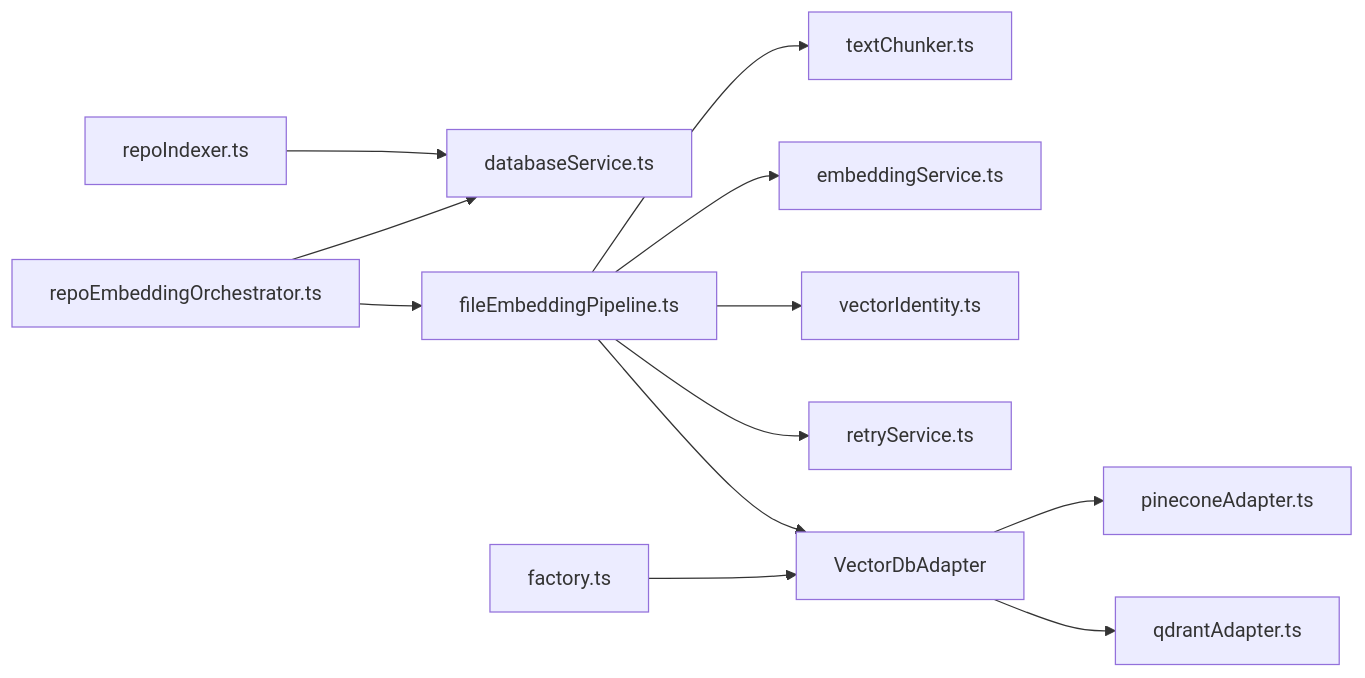
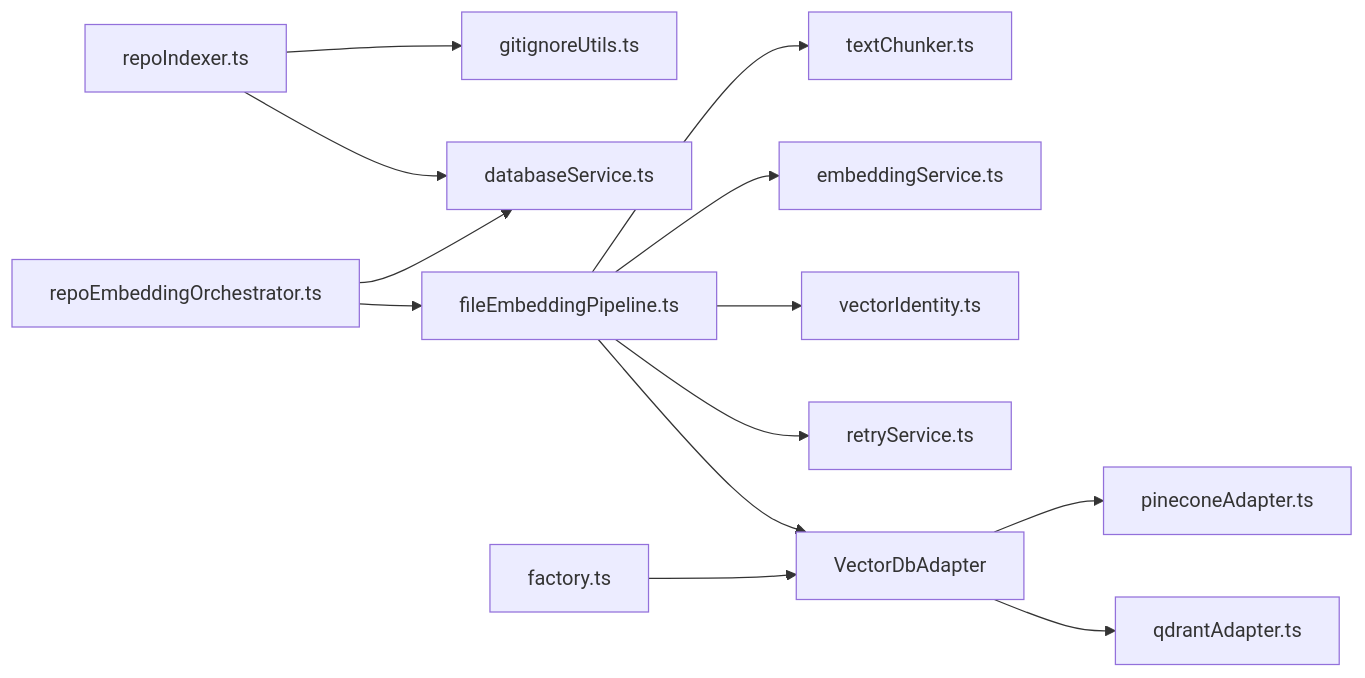
The tenth of 10 diagrams in .qoder/repowiki/en/content/Indexing and Search System/Repository Indexing and Monitoring.md (bramburn/repomix-runner), drawn with Mermaid before and after one commit. The commit also changed other lines of this file and 41 other files, not shown here.

````diff
--- a/.qoder/repowiki/en/content/Indexing and Search System/Repository Indexing and Monitoring.md
+++ b/.qoder/repowiki/en/content/Indexing and Search System/Repository Indexing and Monitoring.md
@@ -434,14 +500,15 @@
 ```mermaid
 graph LR
-RI["repoIndexer.ts"] --> DB["databaseService.ts"]
+RI["repoIndexer.ts"] --> GI["gitignoreUtils.ts"]
+RI --> DB["databaseService.ts"]
 RO["repoEmbeddingOrchestrator.ts"] --> DB
 RO --> FE["fileEmbeddingPipeline.ts"]
 FE --> TC["textChunker.ts"]
 FE --> ES["embeddingService.ts"]
 FE --> VID["vectorIdentity.ts"]
 FE --> RS["retryService.ts"]
 FE --> ADP["VectorDbAdapter"]
 ADP --> PCA["pineconeAdapter.ts"]
 ADP --> QDA["qdrantAdapter.ts"]
 VF["factory.ts"] --> ADP
 ```
````
